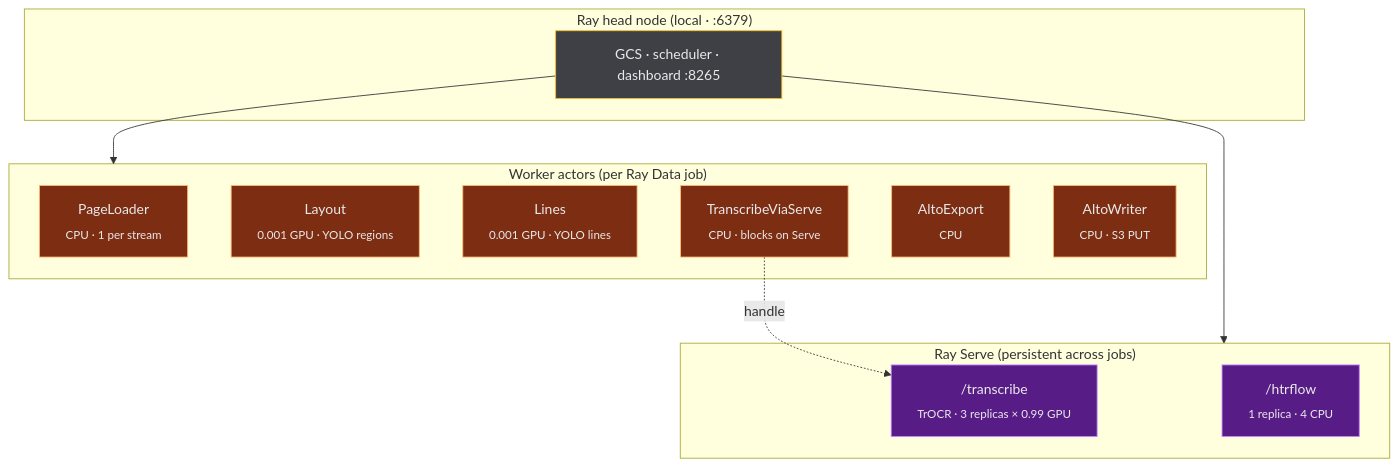
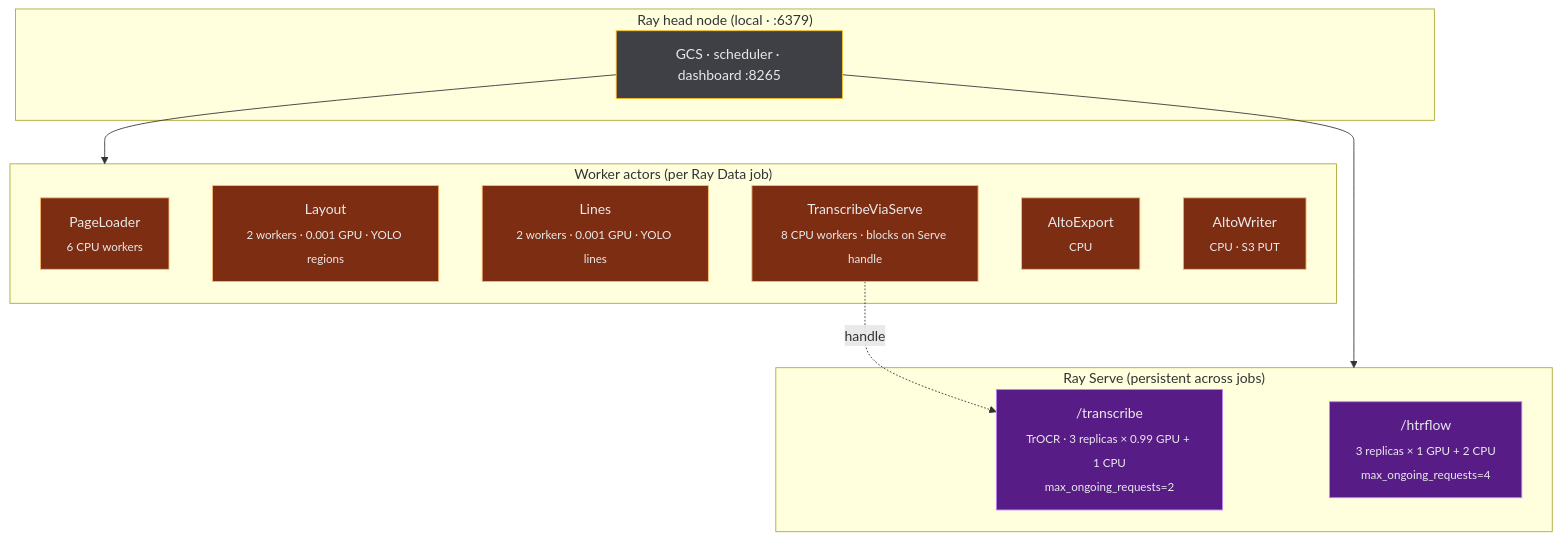
Before and after one commit to AI-Riksarkivet/rask: the fifth of 5 diagrams in docs/architecture/system-overview.md, drawn with Mermaid. The commit also changed other lines of this file and 9 other files, not shown here.

````diff
--- a/docs/architecture/system-overview.md
+++ b/docs/architecture/system-overview.md
@@ -246,31 +288,31 @@
 ```mermaid
 flowchart TB
     subgraph head["Ray head node (local · :6379)"]
         gcs["GCS · scheduler · dashboard :8265"]
     end
 
     subgraph workers["Worker actors (per Ray Data job)"]
-        pl["PageLoader<br/><sub>CPU · 1 per stream</sub>"]
-        ly["Layout<br/><sub>0.001 GPU · YOLO regions</sub>"]
-        ln["Lines<br/><sub>0.001 GPU · YOLO lines</sub>"]
-        tx["TranscribeViaServe<br/><sub>CPU · blocks on Serve</sub>"]
+        pl["PageLoader<br/><sub>6 CPU workers</sub>"]
+        ly["Layout<br/><sub>2 workers · 0.001 GPU · YOLO regions</sub>"]
+        ln["Lines<br/><sub>2 workers · 0.001 GPU · YOLO lines</sub>"]
+        tx["TranscribeViaServe<br/><sub>8 CPU workers · blocks on Serve handle</sub>"]
         ax["AltoExport<br/><sub>CPU</sub>"]
         aw["AltoWriter<br/><sub>CPU · S3 PUT</sub>"]
     end
 
     subgraph serve["Ray Serve (persistent across jobs)"]
-        trserve["/transcribe<br/><sub>TrOCR · 3 replicas × 0.99 GPU</sub>"]
-        hfserve["/htrflow<br/><sub>1 replica · 4 CPU</sub>"]
+        trserve["/transcribe<br/><sub>TrOCR · 3 replicas × 0.99 GPU + 1 CPU<br/>max_ongoing_requests=2</sub>"]
+        hfserve["/htrflow<br/><sub>3 replicas × 1 GPU + 2 CPU<br/>max_ongoing_requests=4</sub>"]
     end
 
     gcs --> workers
     gcs --> serve
     tx -.handle.-> trserve
 
     classDef head fill:#3f3f46,stroke:#fbbf24,color:#e9e9ea
     classDef worker fill:#7c2d12,stroke:#fdba74,color:#e9e9ea
     classDef serve fill:#581c87,stroke:#c084fc,color:#e9e9ea
     class gcs head
     class pl,ly,ln,tx,ax,aw worker
     class trserve,hfserve serve
 ```
````
